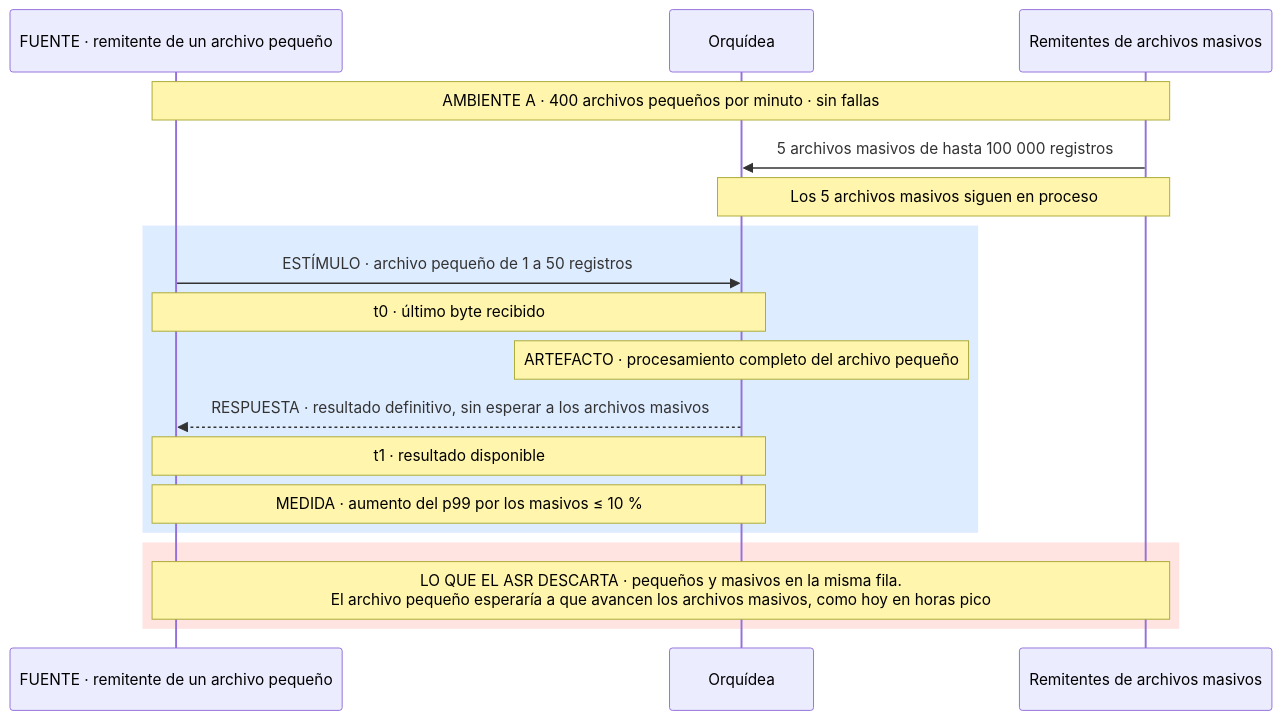
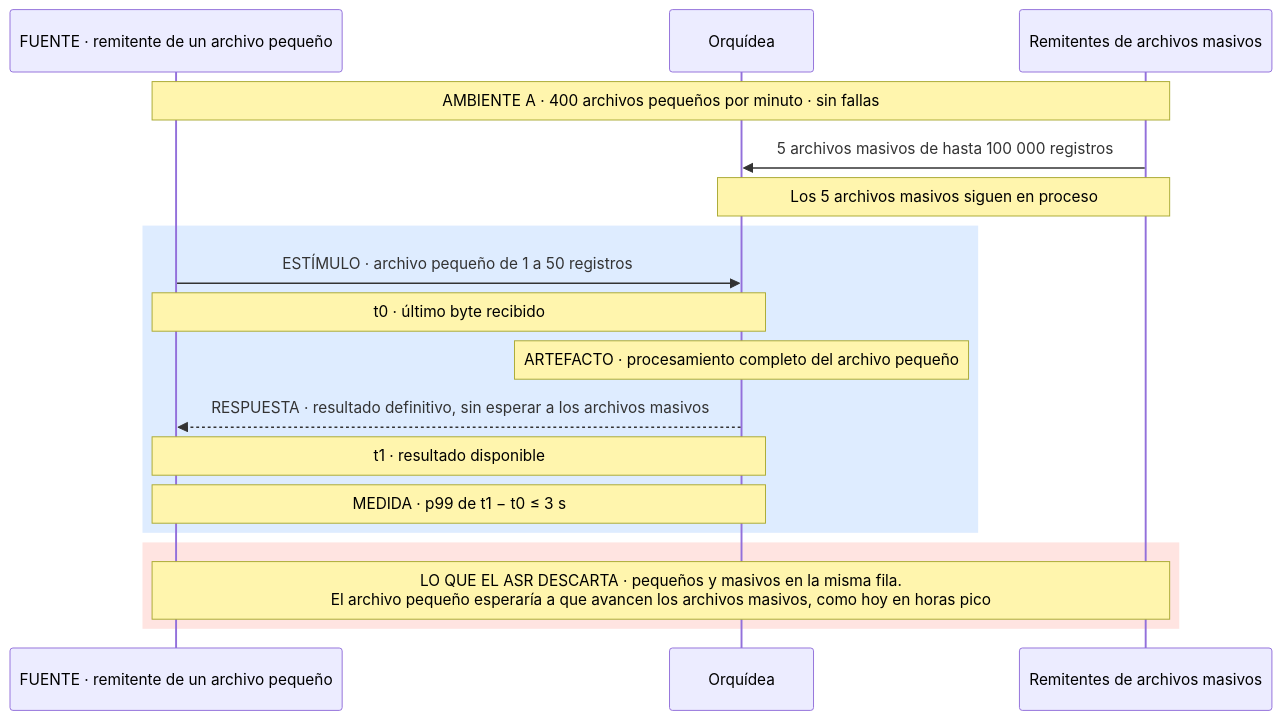
One commit to MATI-MBIT/arqsoft-reto-4 changed the second of 17 diagrams in docs/quality-attributes.md. Above: the diagram before and after it, drawn with Mermaid. The commit also changed other lines of this file and 7 other files, not shown here.

First line of the commit message:
L04: medida directa p99 ≤ 3 s por archivo pequeño con 5 masivos

````diff
--- a/docs/quality-attributes.md
+++ b/docs/quality-attributes.md
@@ -215,20 +215,20 @@
 ```mermaid
 sequenceDiagram
     participant P as FUENTE · remitente de un archivo pequeño
     participant O as Orquídea
     participant M as Remitentes de archivos masivos
     Note over P,M: AMBIENTE A · 400 archivos pequeños por minuto · sin fallas
     M->>O: 5 archivos masivos de hasta 100 000 registros
     Note over O,M: Los 5 archivos masivos siguen en proceso
     rect rgb(222, 236, 255)
     P->>O: ESTÍMULO · archivo pequeño de 1 a 50 registros
     Note over P,O: t0 · último byte recibido
     Note over O: ARTEFACTO · procesamiento completo del archivo pequeño
     O-->>P: RESPUESTA · resultado definitivo, sin esperar a los archivos masivos
     Note over P,O: t1 · resultado disponible
-    Note over P,O: MEDIDA · aumento del p99 por los masivos ≤ 10 %
+    Note over P,O: MEDIDA · p99 de t1 − t0 ≤ 3 s
     end
     rect rgb(255, 228, 225)
     Note over P,M: LO QUE EL ASR DESCARTA · pequeños y masivos en la misma fila.<br/>El archivo pequeño esperaría a que avancen los archivos masivos, como hoy en horas pico
     end
 ```
````
